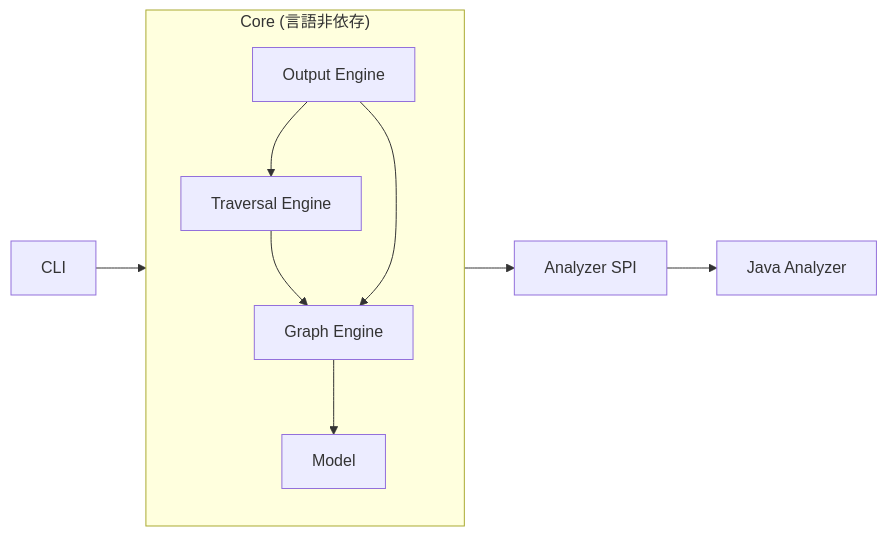
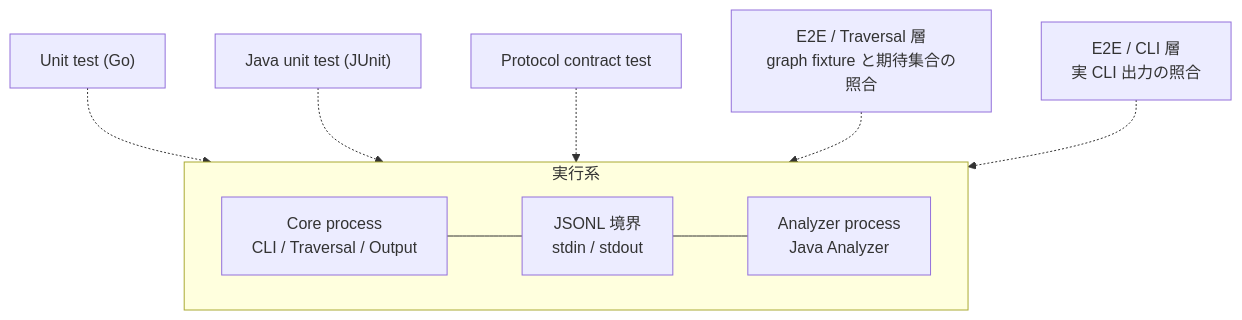
One commit to Fukuemon/depwalk changed the third of 3 diagrams in design/DesignDoc.md. Above: the diagram before and after it, drawn with Mermaid. The commit also changed other lines of this file and 26 other files, not shown here.

````diff
--- a/design/DesignDoc.md
+++ b/design/DesignDoc.md
@@ -153,16 +178,16 @@
 ```mermaid
-flowchart LR
-    CLI --> Core
-    subgraph Core["Core (言語非依存)"]
-        Graph["Graph Engine"]
-        Traversal["Traversal Engine"]
-        Output["Output Engine"]
-        Model["Model"]
-        Traversal --> Graph
-        Output --> Graph
-        Output --> Traversal
-        Graph --> Model
+flowchart TB
+    subgraph runtime["実行系"]
+        direction LR
+        core["Core process<br/>CLI / Traversal / Output"]
+        wire["JSONL 境界<br/>stdin / stdout"]
+        analyzer["Analyzer process<br/>Java Analyzer"]
+        core --- wire --- analyzer
     end
-    Core --> SPI["Analyzer SPI"]
-    SPI --> JavaAnalyzer["Java Analyzer"]
+
+    unit["Unit test (Go)"] -.-> core
+    junit["Java unit test (JUnit)"] -.-> analyzer
+    contract["Protocol contract test"] -.-> wire
+    trav["E2E / Traversal 層<br/>graph fixture と期待集合の照合"] -.-> core
+    cli["E2E / CLI 層<br/>実 CLI 出力の照合"] -.-> runtime
 ```
````
